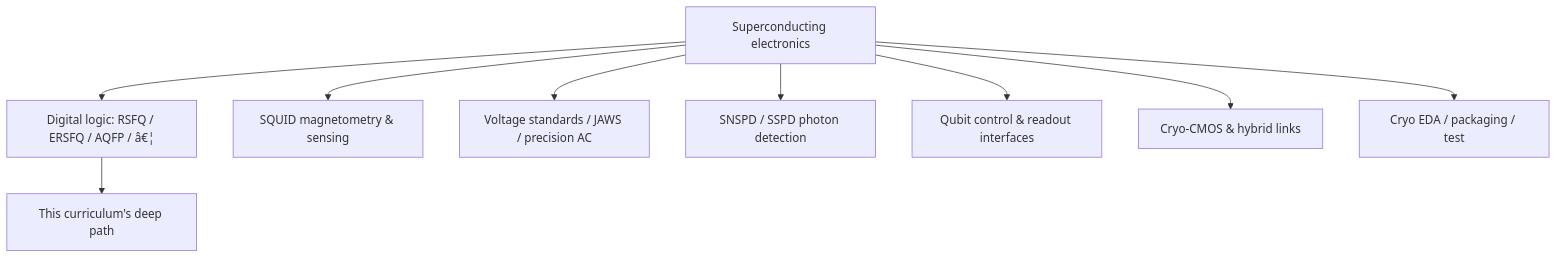
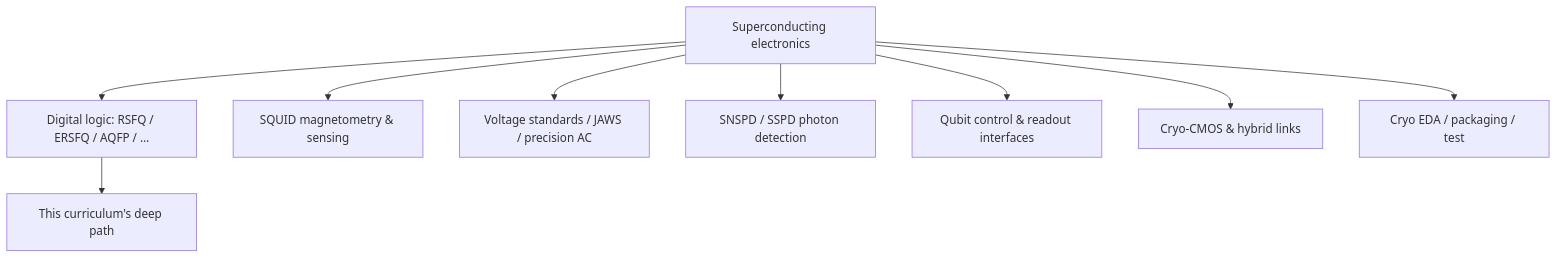
One commit to Single-Flux-Quantum/sfq-learn-public changed the diagram in docs/fundamentals/superconducting-electronics-landscape.md. Above: the diagram before and after it, drawn with Mermaid. The commit also changed other lines of this file and 39 other files, not shown here.

````diff
--- a/docs/fundamentals/superconducting-electronics-landscape.md
+++ b/docs/fundamentals/superconducting-electronics-landscape.md
@@ -42,12 +42,12 @@
 ```mermaid
 flowchart TD
   Root[Superconducting electronics]
-  Root --> Dig[Digital logic: RSFQ / ERSFQ / AQFP / â€¦]
+  Root --> Dig[Digital logic: RSFQ / ERSFQ / AQFP / …]
   Root --> Sense[SQUID magnetometry & sensing]
   Root --> Met[Voltage standards / JAWS / precision AC]
   Root --> Det[SNSPD / SSPD photon detection]
   Root --> Q[Qubit control & readout interfaces]
   Root --> Hyb[Cryo-CMOS & hybrid links]
   Root --> EDA[Cryo EDA / packaging / test]
   Dig --> Focus[This curriculum's deep path]
 ```
````
